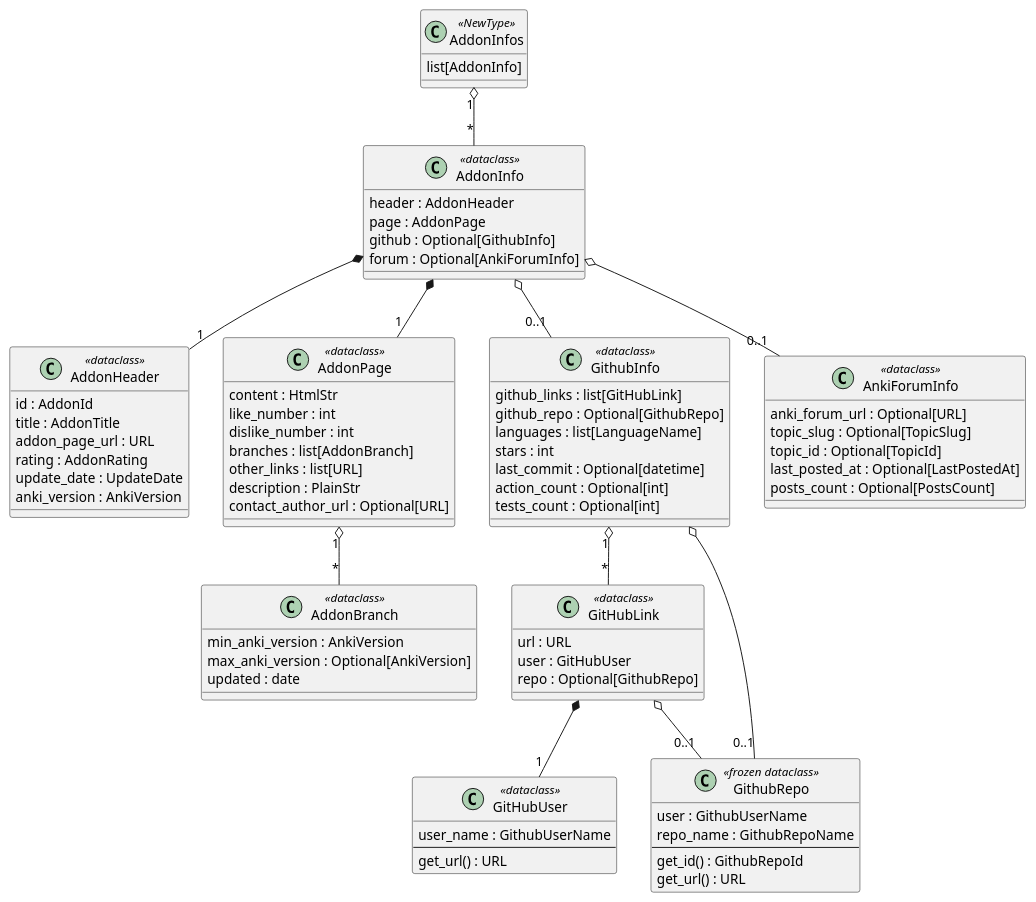
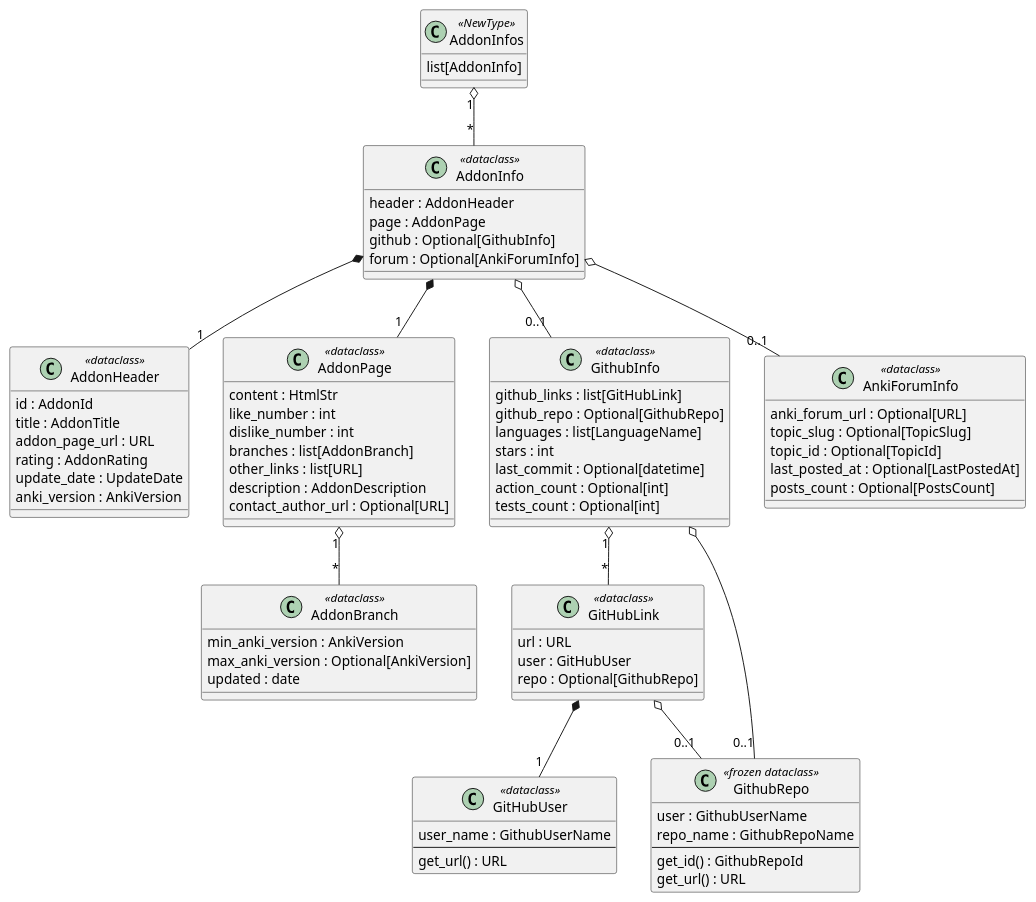
The diagram in doc/uml/class-addon-infos-ai.puml (Aleks-Ya/anki-addons-dataset), drawn with PlantUML before and after one commit. The commit also changed 7 other files, not shown here.

Commit message:
Rename PlainStr to AddonDescription

```diff
--- a/doc/uml/class-addon-infos-ai.puml
+++ b/doc/uml/class-addon-infos-ai.puml
@@ -1,96 +1,96 @@
 @startuml
 ' Structure of the AddonInfos domain model (src/anki_addons_dataset/common/data_types.py).
 ' https://plantuml.com/class-diagram
 
 skinparam packageStyle rectangle
 
 class AddonInfos <<NewType>> {
   list[AddonInfo]
 }
 
 class AddonInfo <<dataclass>> {
   header : AddonHeader
   page : AddonPage
   github : Optional[GithubInfo]
   forum : Optional[AnkiForumInfo]
 }
 
 class AddonHeader <<dataclass>> {
   id : AddonId
   title : AddonTitle
   addon_page_url : URL
   rating : AddonRating
   update_date : UpdateDate
   anki_version : AnkiVersion
 }
 
 class AddonPage <<dataclass>> {
   content : HtmlStr
   like_number : int
   dislike_number : int
   branches : list[AddonBranch]
   other_links : list[URL]
-  description : PlainStr
+  description : AddonDescription
   contact_author_url : Optional[URL]
 }
 
 class AddonBranch <<dataclass>> {
   min_anki_version : AnkiVersion
   max_anki_version : Optional[AnkiVersion]
   updated : date
 }
 
 class GithubInfo <<dataclass>> {
   github_links : list[GitHubLink]
   github_repo : Optional[GithubRepo]
   languages : list[LanguageName]
   stars : int
   last_commit : Optional[datetime]
   action_count : Optional[int]
   tests_count : Optional[int]
 }
 
 class GitHubLink <<dataclass>> {
   url : URL
   user : GitHubUser
   repo : Optional[GithubRepo]
 }
 
 class GitHubUser <<dataclass>> {
   user_name : GithubUserName
   --
   get_url() : URL
 }
 
 class GithubRepo <<frozen dataclass>> {
   user : GithubUserName
   repo_name : GithubRepoName
   --
   get_id() : GithubRepoId
   get_url() : URL
 }
 
 class AnkiForumInfo <<dataclass>> {
   anki_forum_url : Optional[URL]
   topic_slug : Optional[TopicSlug]
   topic_id : Optional[TopicId]
   last_posted_at : Optional[LastPostedAt]
   posts_count : Optional[PostsCount]
 }
 
 AddonInfos "1" o-- "*" AddonInfo
 
 AddonInfo *-- "1" AddonHeader
 AddonInfo *-- "1" AddonPage
 AddonInfo o-- "0..1" GithubInfo
 AddonInfo o-- "0..1" AnkiForumInfo
 
 AddonPage "1" o-- "*" AddonBranch
 
 GithubInfo "1" o-- "*" GitHubLink
 GithubInfo o-- "0..1" GithubRepo
 
 GitHubLink *-- "1" GitHubUser
 GitHubLink o-- "0..1" GithubRepo
 
 @enduml
```
